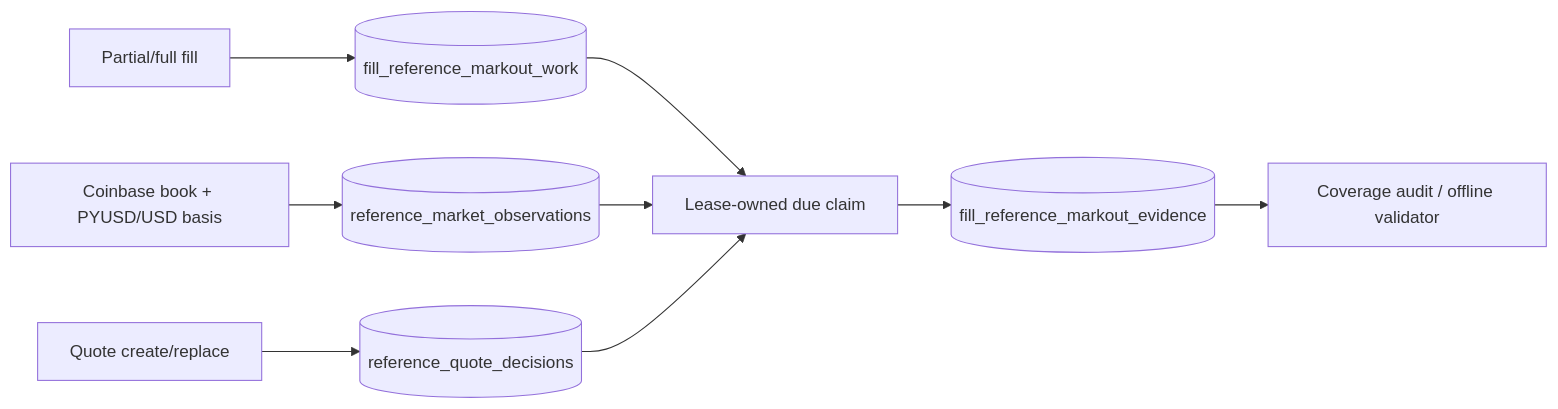
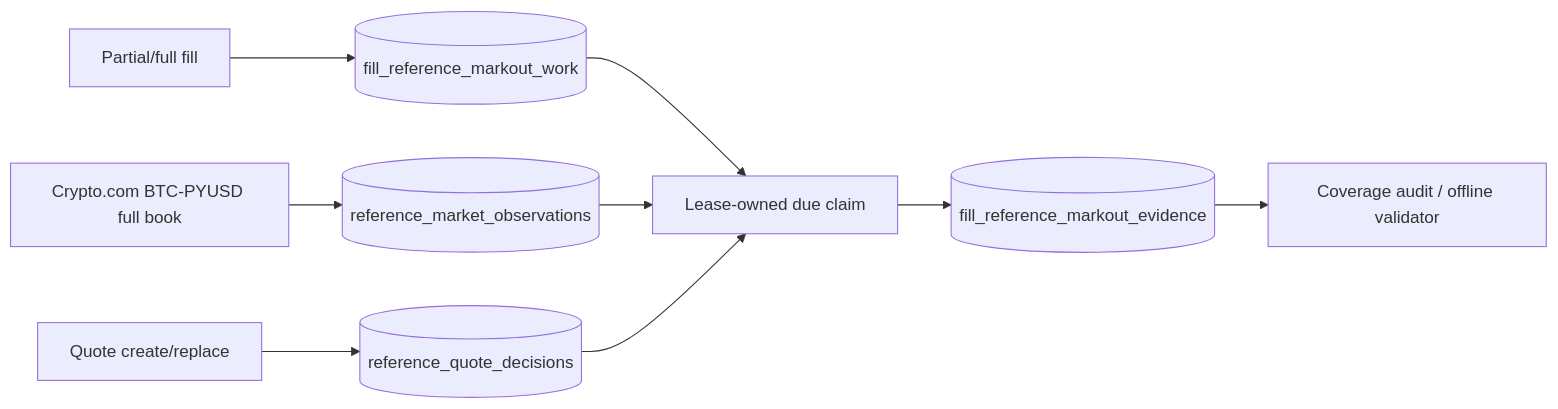
Before and after one commit to dundas/derivative-trades-truex-mm: the diagram in docs/REFERENCE_MARKOUTS.md, drawn with Mermaid. The commit also changed other lines of this file and 20 other files, not shown here.

First line of the commit message:
feat: add direct PYUSD reference evidence (#82)

````diff
--- a/docs/REFERENCE_MARKOUTS.md
+++ b/docs/REFERENCE_MARKOUTS.md
@@ -10,11 +22,11 @@
 ```mermaid
 flowchart LR
     Q[Quote create/replace] --> D[(reference_quote_decisions)]
     F[Partial/full fill] --> W[(fill_reference_markout_work)]
-    C[Coinbase book + PYUSD/USD basis] --> O[(reference_market_observations)]
+    C[Crypto.com BTC-PYUSD full book] --> O[(reference_market_observations)]
     W --> L[Lease-owned due claim]
     O --> L
     D --> L
     L --> E[(fill_reference_markout_evidence)]
     E --> A[Coverage audit / offline validator]
 ```
````
